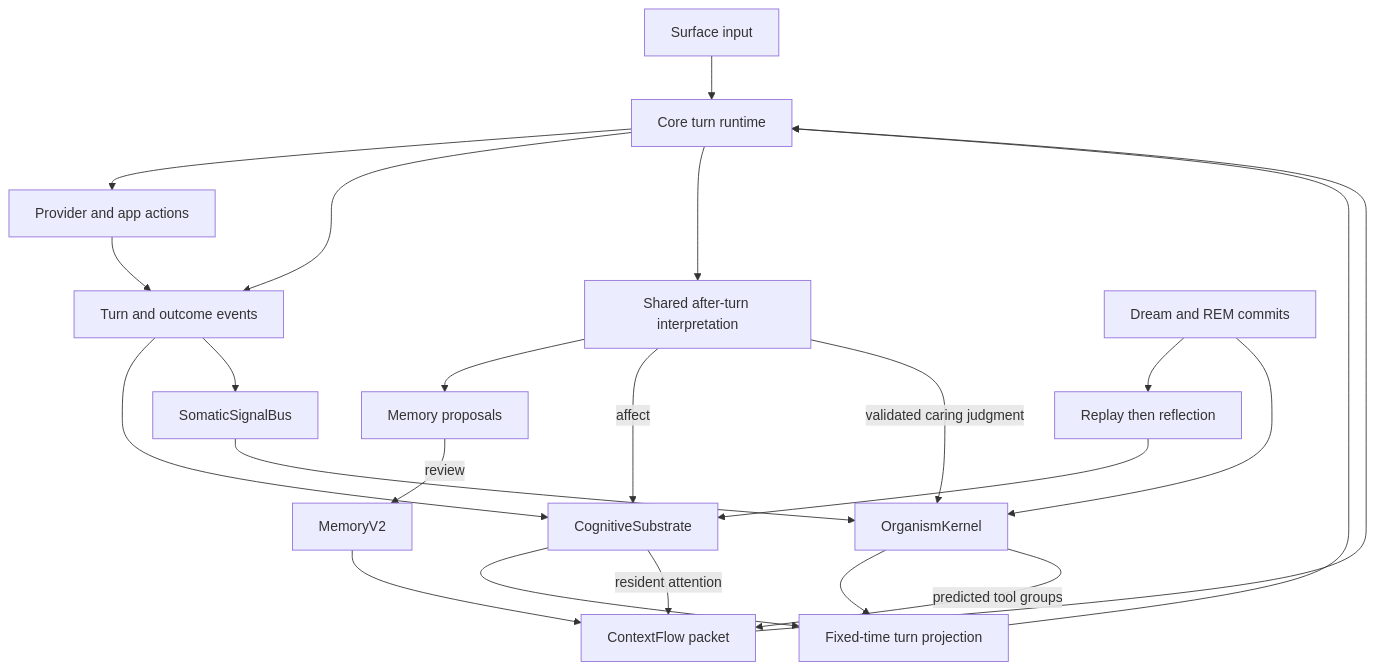
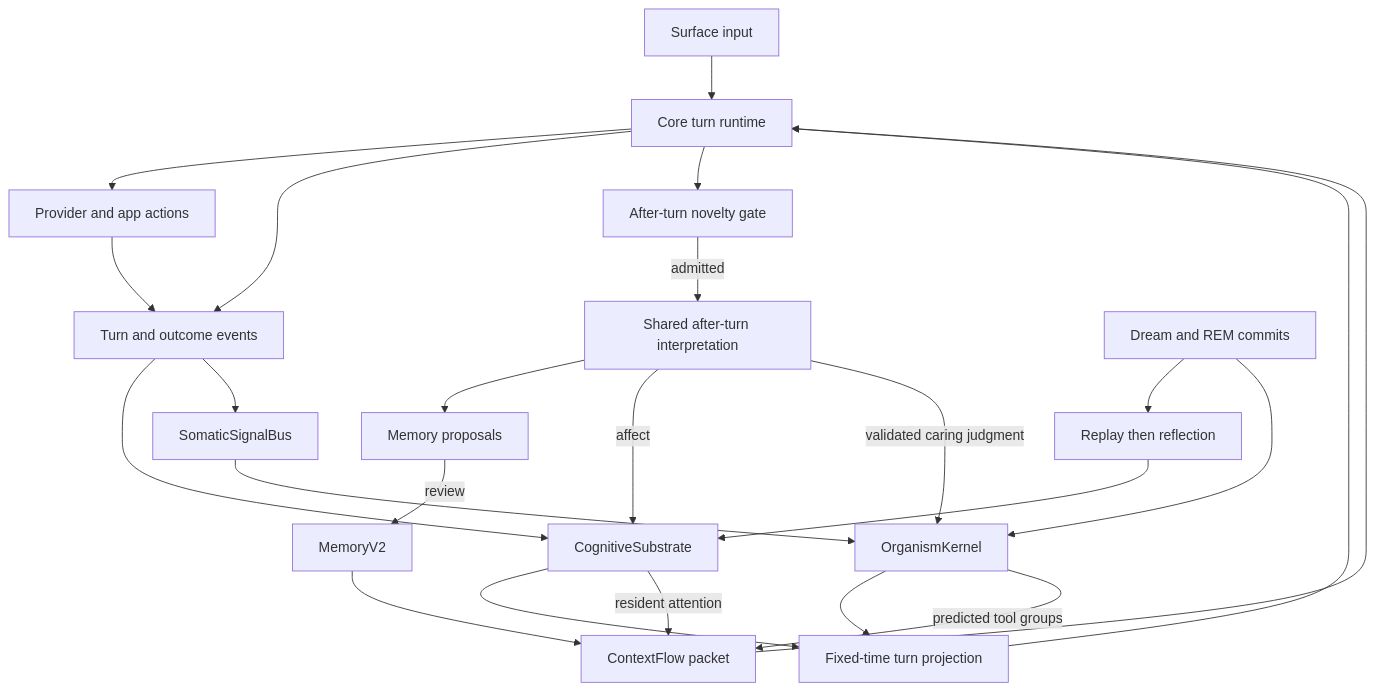
Before and after one commit to embwl0x/native-agent: the diagram in docs/COGNITION_WIRING.md, drawn with Mermaid. The commit also changed other lines of this file and 1016 other files, not shown here.

````diff
--- a/docs/COGNITION_WIRING.md
+++ b/docs/COGNITION_WIRING.md
@@ -31,25 +31,26 @@
 ```mermaid
 flowchart TD
     S["Surface input"] --> T["Core turn runtime"]
     M["MemoryV2"] --> C["ContextFlow packet"]
     C --> T
     T --> P["Provider and app actions"]
     T --> E["Turn and outcome events"]
     P --> E
     E --> SUB["CognitiveSubstrate"]
     E --> BUS["SomaticSignalBus"]
     BUS --> O["OrganismKernel"]
-    T --> A["Shared after-turn interpretation"]
+    T --> N["After-turn novelty gate"]
+    N -->|admitted| A["Shared after-turn interpretation"]
     A --> Q["Memory proposals"]
     Q -->|review| M
     A -->|affect| SUB
     A -->|validated caring judgment| O
     SUB --> F["Fixed-time turn projection"]
     O --> F
     F --> T
     SUB -->|resident attention| C
     O -->|predicted tool groups| C
     D["Dream and REM commits"] --> R["Replay then reflection"]
     R --> SUB
     D --> O
 ```
````
